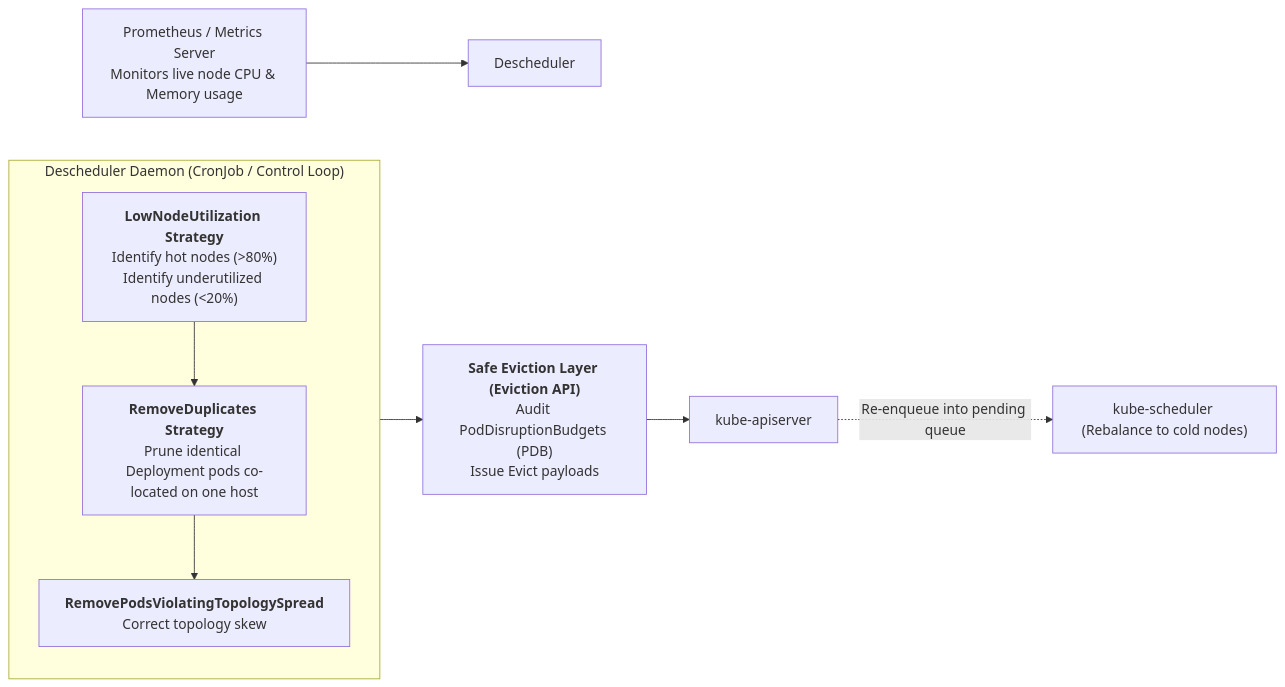
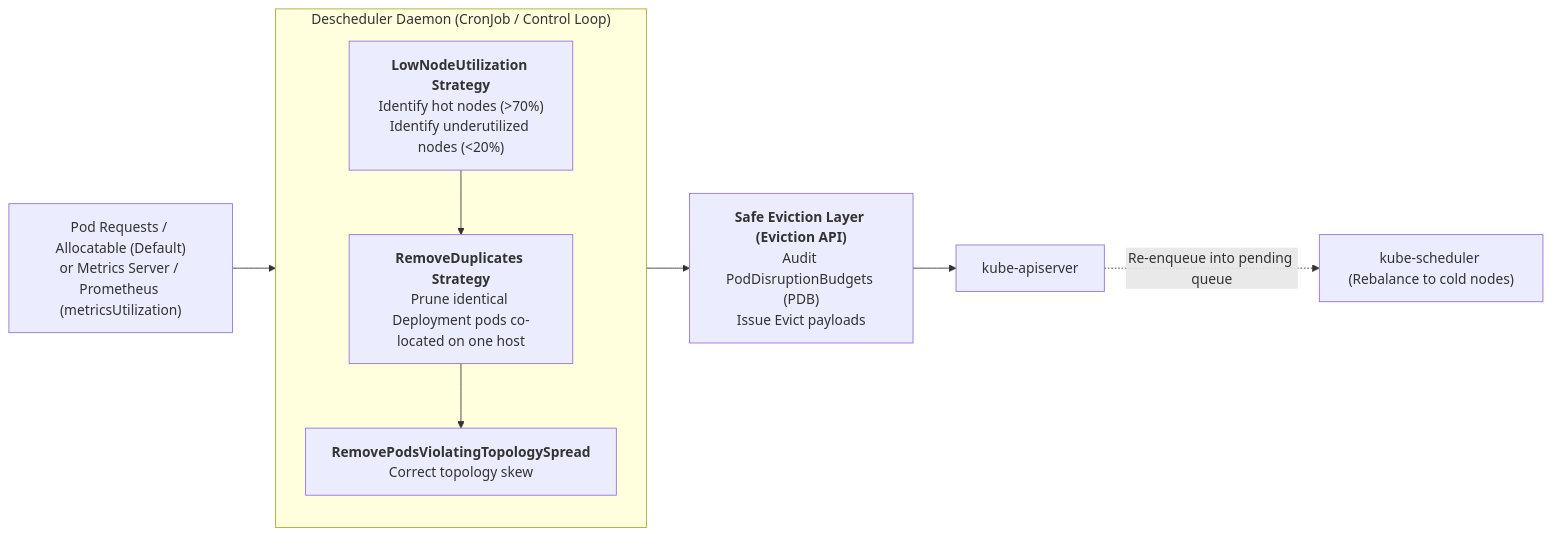
Before and after one commit to ifnodoraemon/ifnodoraemon.github.io: the second of 2 diagrams in content/en/articles/k8s-scheduling-framework-custom-plugin-gang-scheduling.en.md, drawn with Mermaid. The commit also changed other lines of this file and 171 other files, not shown here.

````diff
--- a/content/en/articles/k8s-scheduling-framework-custom-plugin-gang-scheduling.en.md
+++ b/content/en/articles/k8s-scheduling-framework-custom-plugin-gang-scheduling.en.md
@@ -253,16 +269,16 @@
 ```mermaid
 flowchart LR
-    Prometheus["Prometheus / Metrics Server<br/>Monitors live node CPU & Memory usage"] --> Descheduler
+    MetricsSource["Pod Requests / Allocatable (Default)<br/>or Metrics Server / Prometheus (metricsUtilization)"] --> DeschedulerEngine
 
     subgraph DeschedulerEngine["Descheduler Daemon (CronJob / Control Loop)"]
         direction TB
-        Strat1["<b>LowNodeUtilization Strategy</b><br/>Identify hot nodes (>80%)<br/>Identify underutilized nodes (<20%)"]
+        Strat1["<b>LowNodeUtilization Strategy</b><br/>Identify hot nodes (>70%)<br/>Identify underutilized nodes (<20%)"]
         Strat2["<b>RemoveDuplicates Strategy</b><br/>Prune identical Deployment pods co-located on one host"]
         Strat3["<b>RemovePodsViolatingTopologySpread</b><br/>Correct topology skew"]
         Strat1 --> Strat2 --> Strat3
     end
 
     DeschedulerEngine --> SafeEvict["<b>Safe Eviction Layer (Eviction API)</b><br/>Audit PodDisruptionBudgets (PDB)<br/>Issue Evict payloads"]
     SafeEvict --> KubeAPIServer["kube-apiserver"]
     KubeAPIServer -.->|"Re-enqueue into pending queue"| CustomScheduler["kube-scheduler (Rebalance to cold nodes)"]
 ```
````
